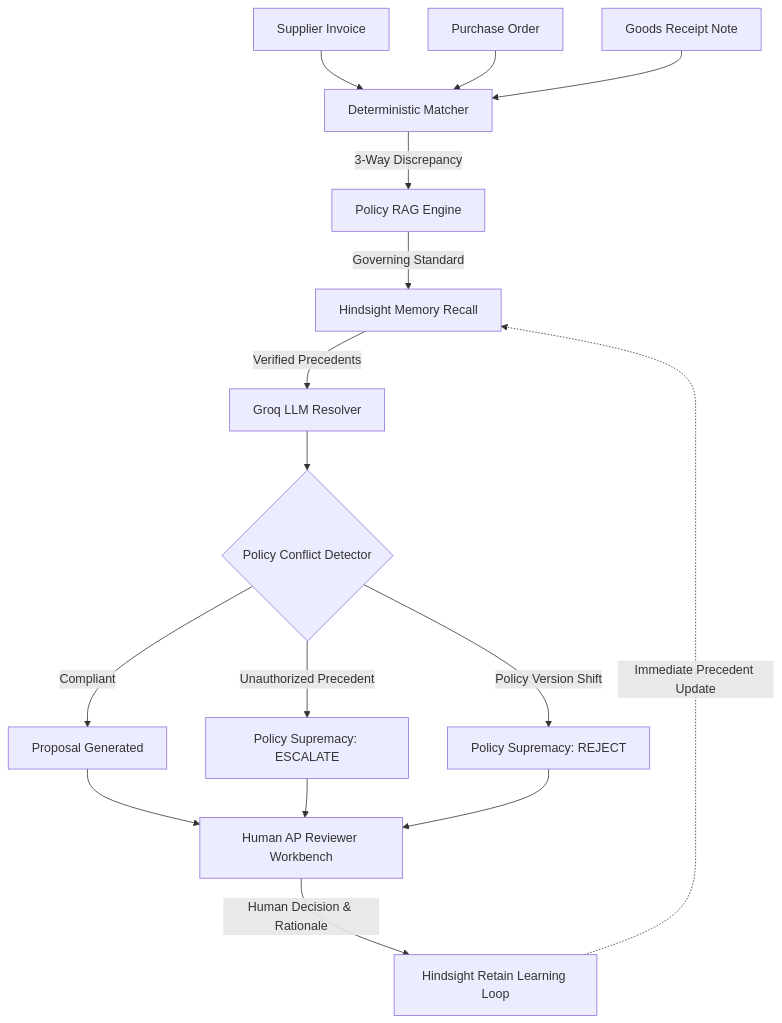
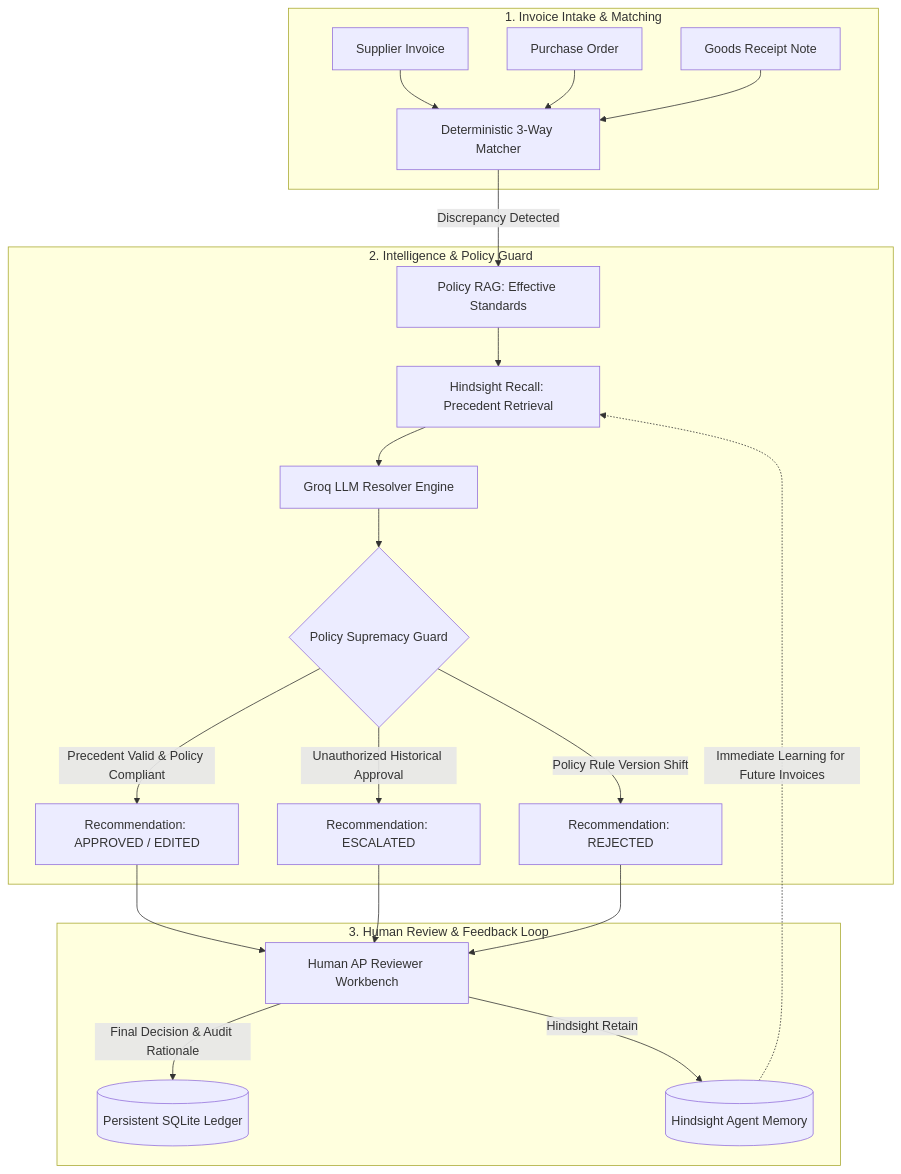
The diagram in README.md (Zyphron01/LedgerMind), drawn with Mermaid before and after one commit. The commit also changed other lines of this file and 10 other files, not shown here.

````diff
--- a/README.md
+++ b/README.md
@@ -27,21 +46,27 @@
 ```mermaid
 flowchart TD
-    A[Supplier Invoice] --> B[Deterministic Matcher]
-    PO[Purchase Order] --> B
-    GRN[Goods Receipt Note] --> B
-    
-    B -->|3-Way Discrepancy| C[Policy RAG Engine]
-    C -->|Governing Standard| D[Hindsight Memory Recall]
-    D -->|Verified Precedents| E[Groq LLM Resolver]
-    
-    E --> F{Policy Conflict Detector}
-    F -->|Compliant| G[Proposal Generated]
-    F -->|Unauthorized Precedent| H[Policy Supremacy: ESCALATE]
-    F -->|Policy Version Shift| I[Policy Supremacy: REJECT]
-    
-    G --> J[Human AP Reviewer Workbench]
-    H --> J
-    I --> J
-    J -->|Human Decision & Rationale| K[Hindsight Retain Learning Loop]
-    K -.->|Immediate Precedent Update| D
+    subgraph Intake["1. Invoice Intake & Matching"]
+        INV[Supplier Invoice] --> M[Deterministic 3-Way Matcher]
+        PO[Purchase Order] --> M
+        GRN[Goods Receipt Note] --> M
+    end
+
+    subgraph Resolution["2. Intelligence & Policy Guard"]
+        M -->|Discrepancy Detected| POL[Policy RAG: Effective Standards]
+        POL --> MEM[Hindsight Recall: Precedent Retrieval]
+        MEM --> LLM[Groq LLM Resolver Engine]
+        LLM --> GUARD{Policy Supremacy Guard}
+        GUARD -->|Precedent Valid & Policy Compliant| REC[Recommendation: APPROVED / EDITED]
+        GUARD -->|Unauthorized Historical Approval| ESC[Recommendation: ESCALATED]
+        GUARD -->|Policy Rule Version Shift| REJ[Recommendation: REJECTED]
+    end
+
+    subgraph Workbench["3. Human Review & Feedback Loop"]
+        REC --> WB[Human AP Reviewer Workbench]
+        ESC --> WB
+        REJ --> WB
+        WB -->|Final Decision & Audit Rationale| STORE[(Persistent SQLite Ledger)]
+        WB -->|Hindsight Retain| HINDSIGHT[(Hindsight Agent Memory)]
+        HINDSIGHT -.->|Immediate Learning for Future Invoices| MEM
+    end
 ```
````
